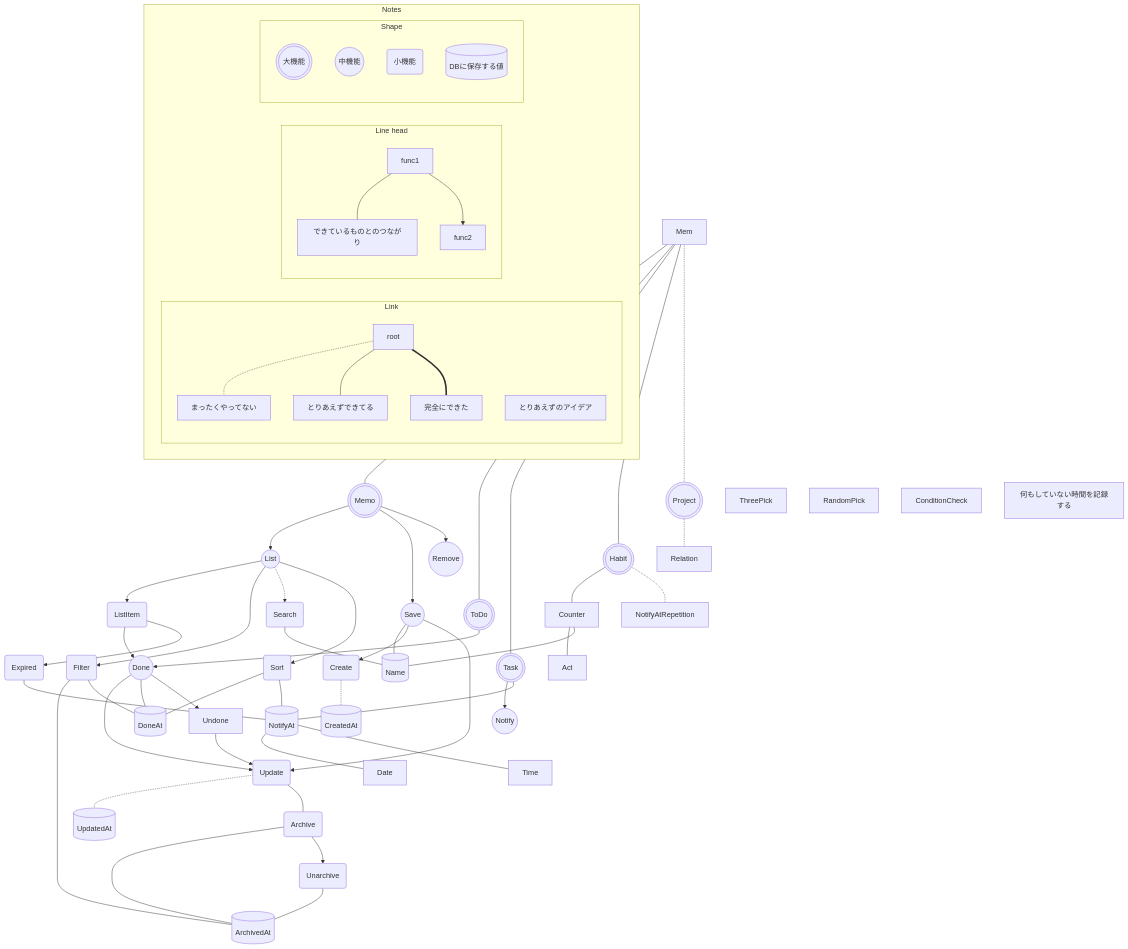
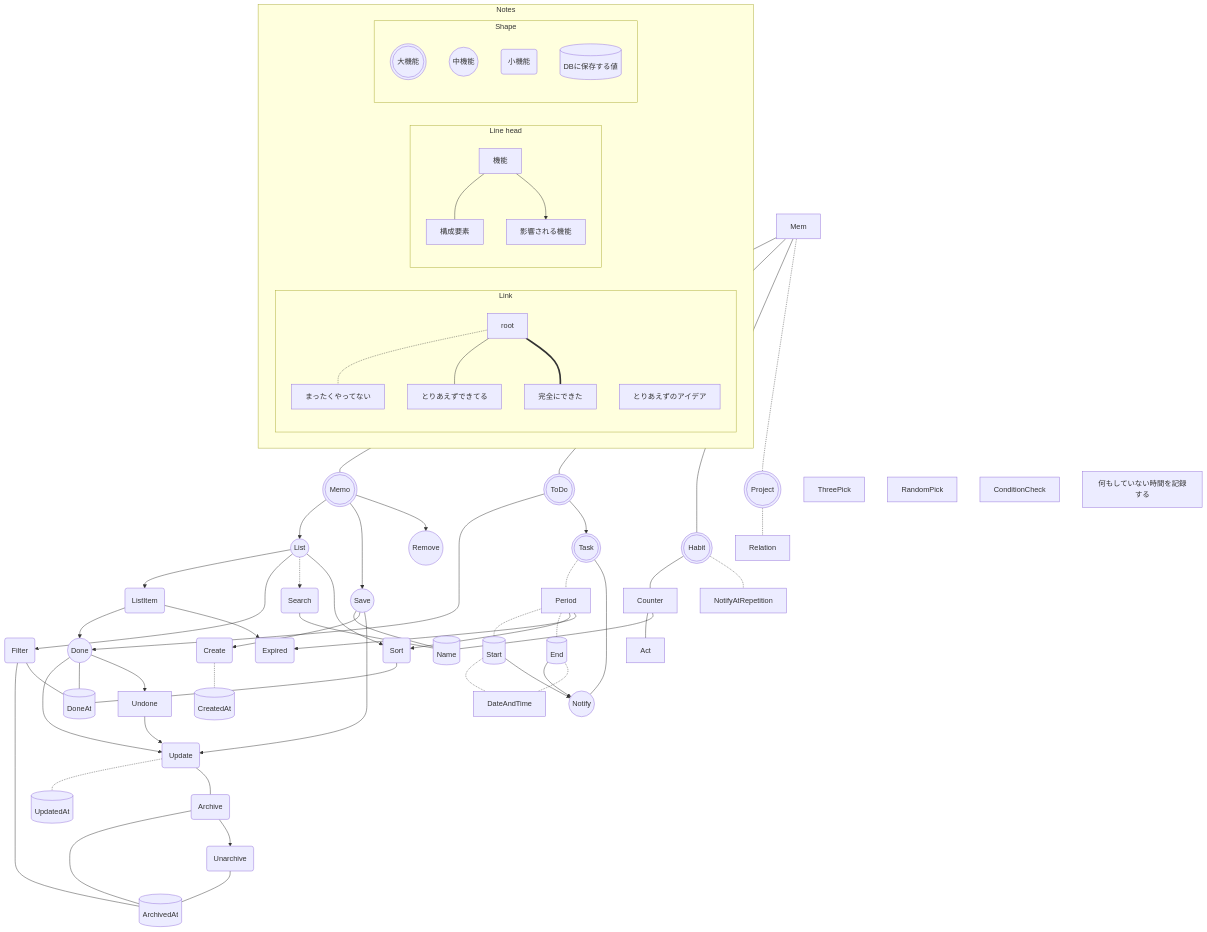
Before and after one commit to zin-/mem: the diagram in docs/load_map.md, drawn with Mermaid.

Commit message:
update load_map.md
wip mem-62 Date time Period picker

```diff
--- a/docs/load_map.md
+++ b/docs/load_map.md
@@ -35,15 +35,19 @@
     Sort --- DoneAt
     Filter --- DoneAt
 
-    Mem --- Task(((Task)))
+    ToDo --> Task(((Task)))
 
-    Task --> Notify((Notify))
-    Task --- NotifyAt[(NotifyAt)]
-    Sort --- NotifyAt
+    Task -.- Period
+    Task --- Notify((Notify))
+    Period -.- Start[(Start)]
+    Period -.- End_[(End)]
+    Start -.- DateAndTime
+    Start --> Notify
+    End_ --> Notify
+    End_ -.- DateAndTime
+    Period --> Sort
     ListItem --> Expired(Expired)
-    Expired --- NotifyAt
-    NotifyAt --- Date
-    NotifyAt --- Time
+    Period --> Expired
 
     Mem --- Habit(((Habit)))
 
@@ -70,9 +74,8 @@
         end
 
         subgraph Line head
-            func1 --- できているものとのつながり
-            func1 --> func2
-        %% なんかちょっと違和感ある
+            機能 --- 構成要素
+            機能 --> 影響される機能
         end
 
         subgraph Shape
```
